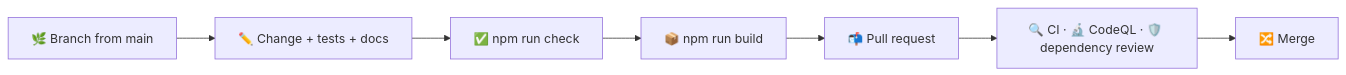
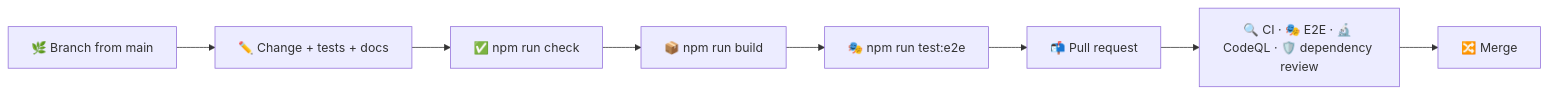
Before and after one commit to sacrificed666/next-weather-app: the diagram in docs/contributing.md, drawn with Mermaid. The commit also changed other lines of this file and 14 other files, not shown here.

````diff
--- a/docs/contributing.md
+++ b/docs/contributing.md
@@ -5,9 +5,10 @@
 ```mermaid
 flowchart LR
   Branch[🌿 Branch from main] --> Code[✏️ Change + tests + docs]
   Code --> Check[✅ npm run check]
   Check --> Build[📦 npm run build]
-  Build --> PR[📬 Pull request]
-  PR --> CI[🔍 CI · 🔬 CodeQL · 🛡️ dependency review]
+  Build --> E2E[🎭 npm run test:e2e]
+  E2E --> PR[📬 Pull request]
+  PR --> CI[🔍 CI · 🎭 E2E · 🔬 CodeQL · 🛡️ dependency review]
   CI --> Merge[🔀 Merge]
 ```
````
